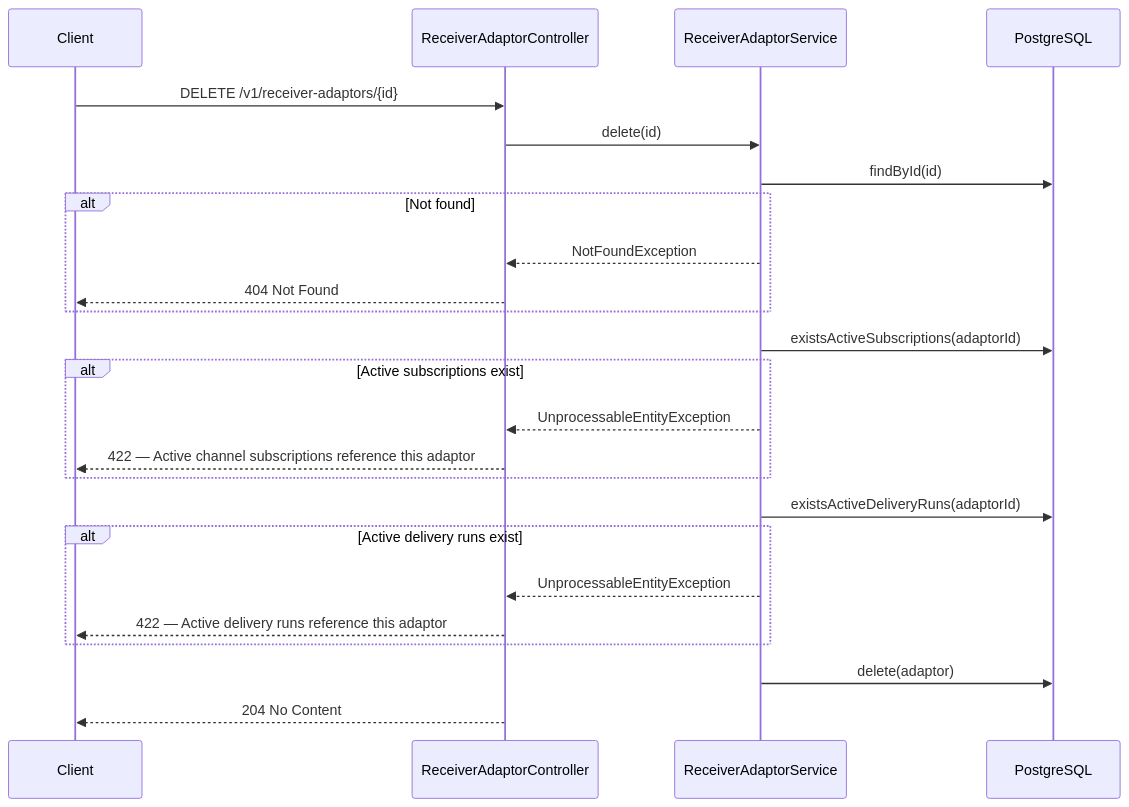
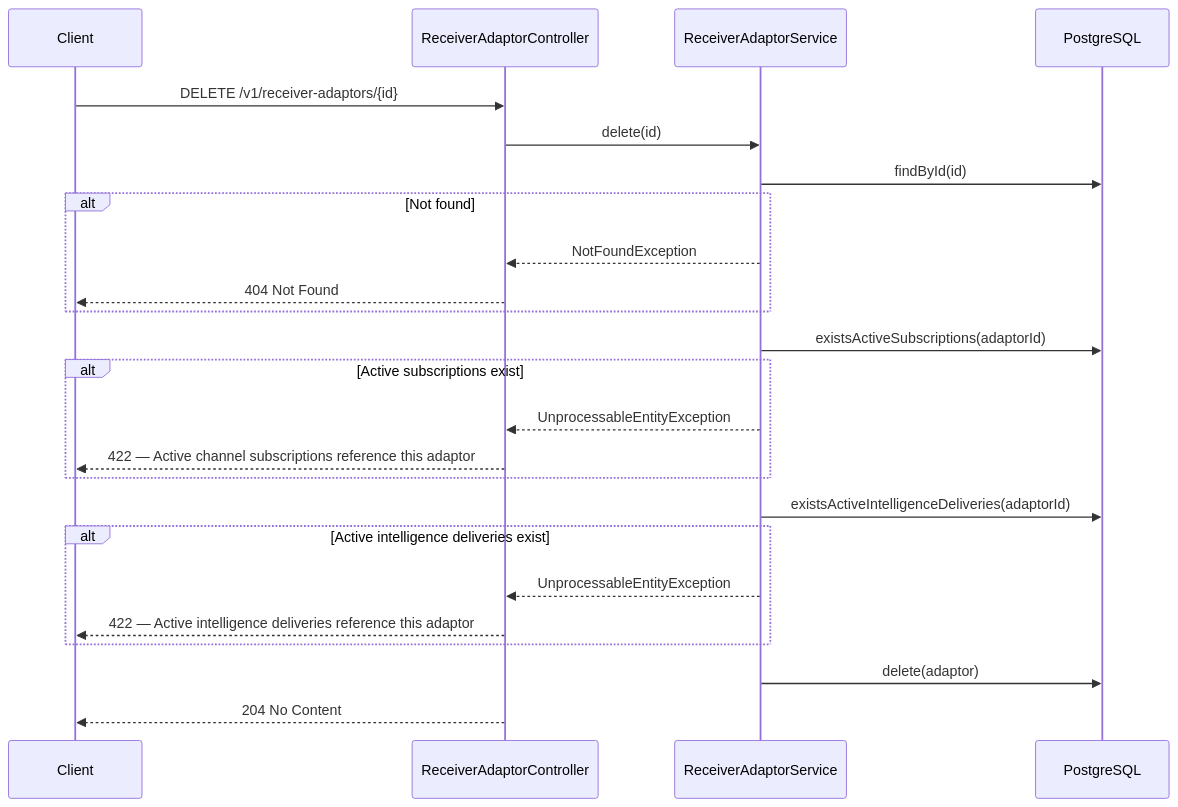
Diagram 13 of 13 in docs/flow-diagrams.md (Jayaprakash8887/cce-intelligence-service), drawn with Mermaid before and after one commit. The commit also changed other lines of this file and 6 other files, not shown here.

First line of the commit message:
refactor: rename delivery_run and related entities to intelligence_delivery

````diff
--- a/docs/flow-diagrams.md
+++ b/docs/flow-diagrams.md
@@ -418,30 +418,30 @@
 ```mermaid
 sequenceDiagram
     participant Client
     participant Controller as ReceiverAdaptorController
     participant Service as ReceiverAdaptorService
     participant DB as PostgreSQL
 
     Client->>Controller: DELETE /v1/receiver-adaptors/{id}
     Controller->>Service: delete(id)
     Service->>DB: findById(id)
     alt Not found
         Service-->>Controller: NotFoundException
         Controller-->>Client: 404 Not Found
     end
 
     Service->>DB: existsActiveSubscriptions(adaptorId)
     alt Active subscriptions exist
         Service-->>Controller: UnprocessableEntityException
         Controller-->>Client: 422 — Active channel subscriptions reference this adaptor
     end
 
-    Service->>DB: existsActiveDeliveryRuns(adaptorId)
-    alt Active delivery runs exist
+    Service->>DB: existsActiveIntelligenceDeliveries(adaptorId)
+    alt Active intelligence deliveries exist
         Service-->>Controller: UnprocessableEntityException
-        Controller-->>Client: 422 — Active delivery runs reference this adaptor
+        Controller-->>Client: 422 — Active intelligence deliveries reference this adaptor
     end
 
     Service->>DB: delete(adaptor)
     Controller-->>Client: 204 No Content
 ```
````
